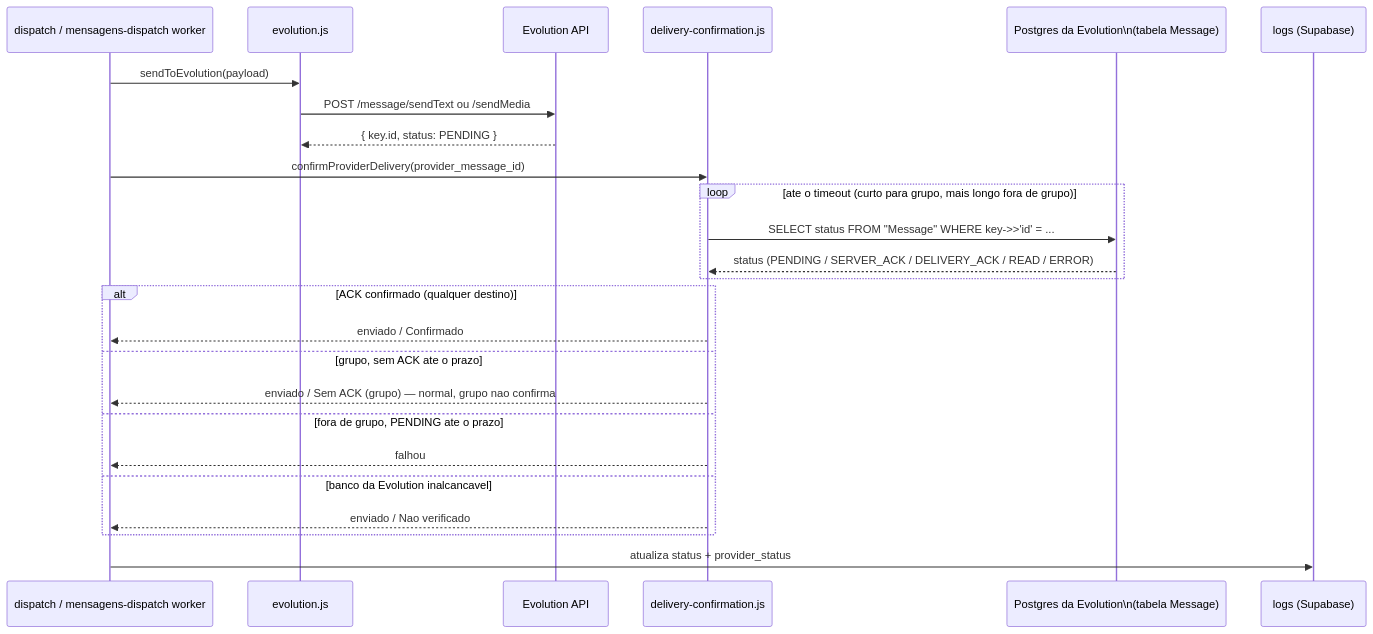
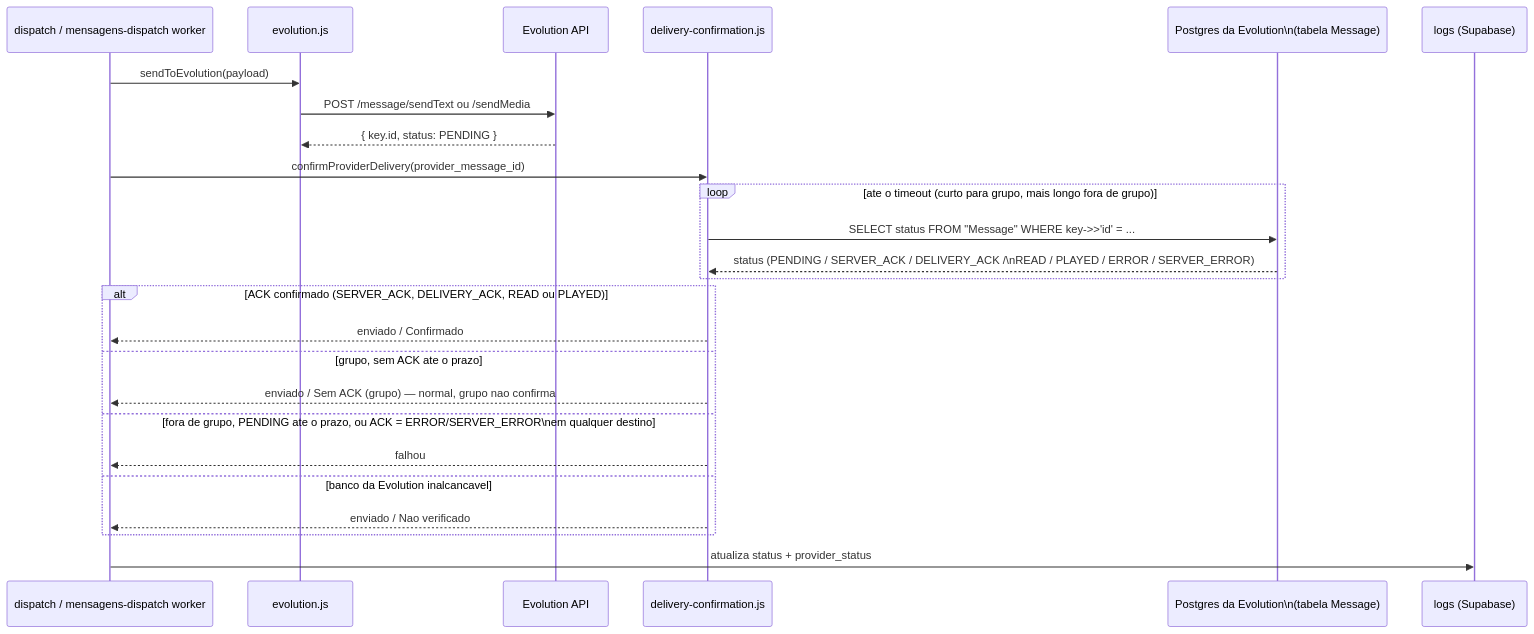
Before and after one commit to LightGu/estimulo-project: the fourth of 7 diagrams in docs/ARQUITETURA.md, drawn with Mermaid. The commit also changed other lines of this file and 9 other files, not shown here.

````diff
--- a/docs/ARQUITETURA.md
+++ b/docs/ARQUITETURA.md
@@ -235,28 +251,28 @@
 ```mermaid
 sequenceDiagram
     participant DW as dispatch / mensagens-dispatch worker
     participant EV as evolution.js
     participant WA as Evolution API
     participant DC as delivery-confirmation.js
     participant EPG as Postgres da Evolution\n(tabela Message)
     participant LOGS as logs (Supabase)
 
     DW->>EV: sendToEvolution(payload)
     EV->>WA: POST /message/sendText ou /sendMedia
     WA-->>EV: { key.id, status: PENDING }
     DW->>DC: confirmProviderDelivery(provider_message_id)
     loop ate o timeout (curto para grupo, mais longo fora de grupo)
         DC->>EPG: SELECT status FROM "Message" WHERE key->>'id' = ...
-        EPG-->>DC: status (PENDING / SERVER_ACK / DELIVERY_ACK / READ / ERROR)
+        EPG-->>DC: status (PENDING / SERVER_ACK / DELIVERY_ACK /\nREAD / PLAYED / ERROR / SERVER_ERROR)
     end
-    alt ACK confirmado (qualquer destino)
+    alt ACK confirmado (SERVER_ACK, DELIVERY_ACK, READ ou PLAYED)
         DC-->>DW: enviado / Confirmado
     else grupo, sem ACK ate o prazo
         DC-->>DW: enviado / Sem ACK (grupo) — normal, grupo nao confirma
-    else fora de grupo, PENDING ate o prazo
+    else fora de grupo, PENDING ate o prazo, ou ACK = ERROR/SERVER_ERROR\nem qualquer destino
         DC-->>DW: falhou
     else banco da Evolution inalcancavel
         DC-->>DW: enviado / Nao verificado
     end
     DW->>LOGS: atualiza status + provider_status
 ```
````
